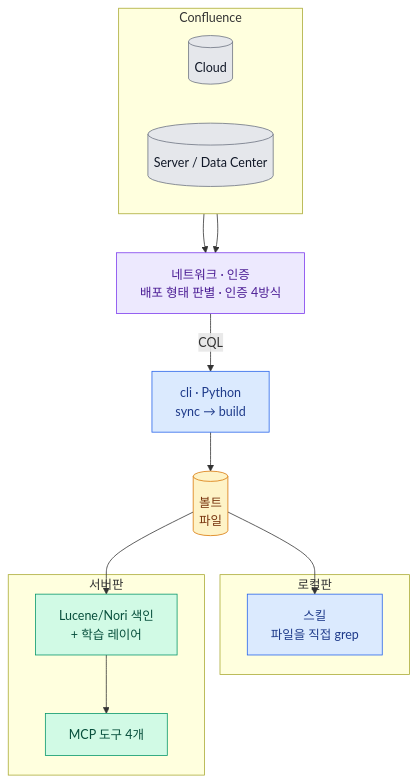
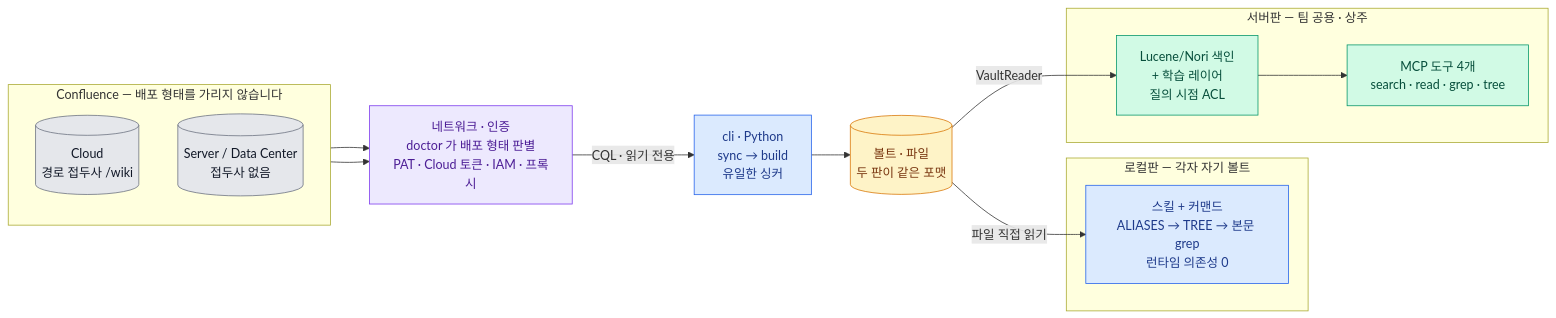
The first of 3 diagrams in README.md (mukansei/wikilens), drawn with Mermaid before and after one commit. The commit also changed other lines of this file, not shown here.

First line of the commit message:
docs: README 다이어그램 라벨 복원 및 학습 레이어 절·목차 추가

````diff
--- a/README.md
+++ b/README.md
@@ -50,38 +67,38 @@
 ```mermaid
-flowchart TB
-    subgraph CONF["Confluence"]
-        direction LR
-        CLOUD[("Cloud")]
-        DC[("Server / Data Center")]
+flowchart LR
+    subgraph CONF["Confluence — 배포 형태를 가리지 않습니다"]
+        direction TB
+        CLOUD[("Cloud<br/>경로 접두사 /wiki")]
+        DC[("Server / Data Center<br/>접두사 없음")]
     end
 
-    NET["네트워크 · 인증<br/>배포 형태 판별 · 인증 4방식"]
-    CLI["cli · Python<br/>sync → build"]
-    VAULT[("볼트<br/>파일")]
+    NET["네트워크 · 인증<br/>doctor 가 배포 형태 판별<br/>PAT · Cloud 토큰 · IAM · 프록시"]
+    CLI["cli · Python<br/>sync → build<br/>유일한 싱커"]
+    VAULT[("볼트 · 파일<br/>두 판이 같은 포맷")]
 
-    subgraph L["로컬판"]
-        LSKILL["스킬<br/>파일을 직접 grep"]
+    subgraph L["로컬판 — 각자 자기 볼트"]
+        LSKILL["스킬 + 커맨드<br/>ALIASES → TREE → 본문 grep<br/>런타임 의존성 0"]
     end
 
-    subgraph S["서버판"]
-        IDX["Lucene/Nori 색인<br/>+ 학습 레이어"]
-        MCP["MCP 도구 4개"]
+    subgraph S["서버판 — 팀 공용 · 상주"]
+        IDX["Lucene/Nori 색인<br/>+ 학습 레이어<br/>질의 시점 ACL"]
+        MCP["MCP 도구 4개<br/>search · read · grep · tree"]
     end
 
     CLOUD --> NET
     DC --> NET
-    NET -->|CQL| CLI --> VAULT
-    VAULT --> LSKILL
-    VAULT --> IDX --> MCP
+    NET -->|CQL · 읽기 전용| CLI --> VAULT
+    VAULT -->|파일 직접 읽기| LSKILL
+    VAULT -->|VaultReader| IDX --> MCP
 
     classDef ext fill:#e5e7eb,stroke:#6b7280,color:#111827
     classDef net fill:#ede9fe,stroke:#7c3aed,color:#4c1d95
     classDef py fill:#dbeafe,stroke:#2563eb,color:#1e3a8a
     classDef kt fill:#d1fae5,stroke:#059669,color:#064e3b
     classDef st fill:#fef3c7,stroke:#d97706,color:#78350f
     class CLOUD,DC ext
     class NET net
     class CLI,LSKILL py
     class IDX,MCP kt
     class VAULT st
 ```
````
